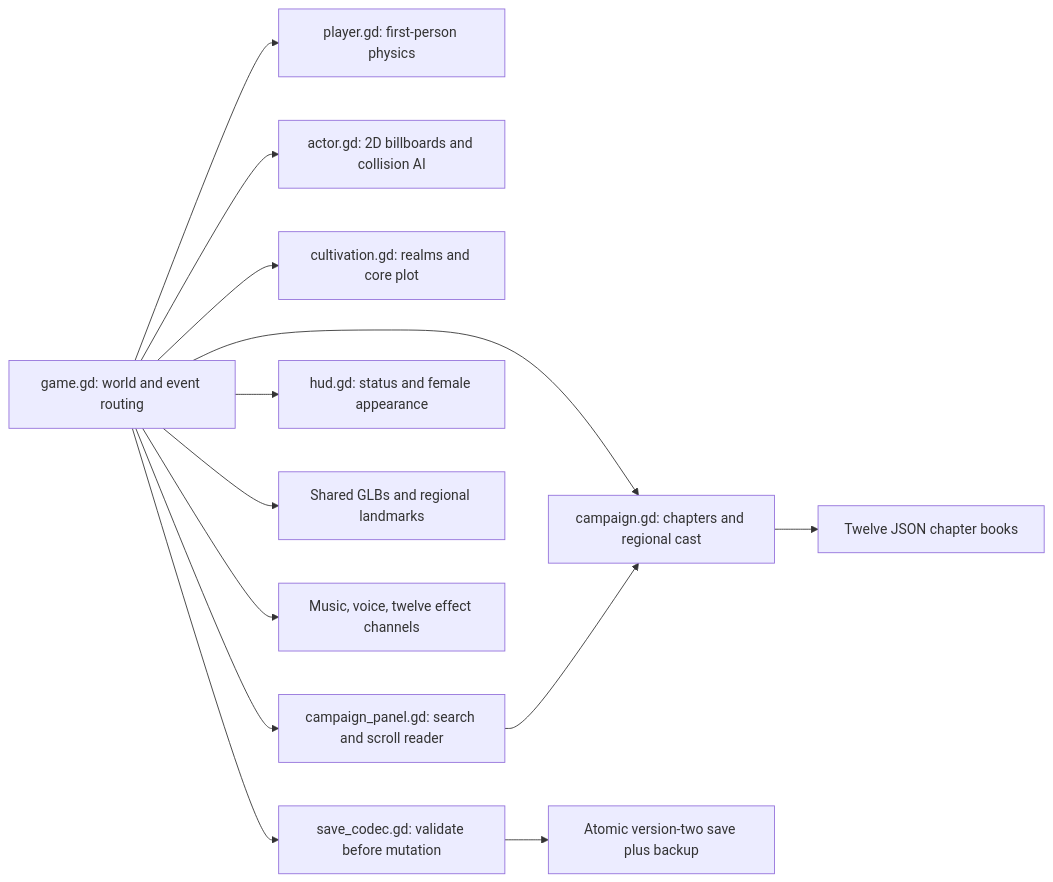
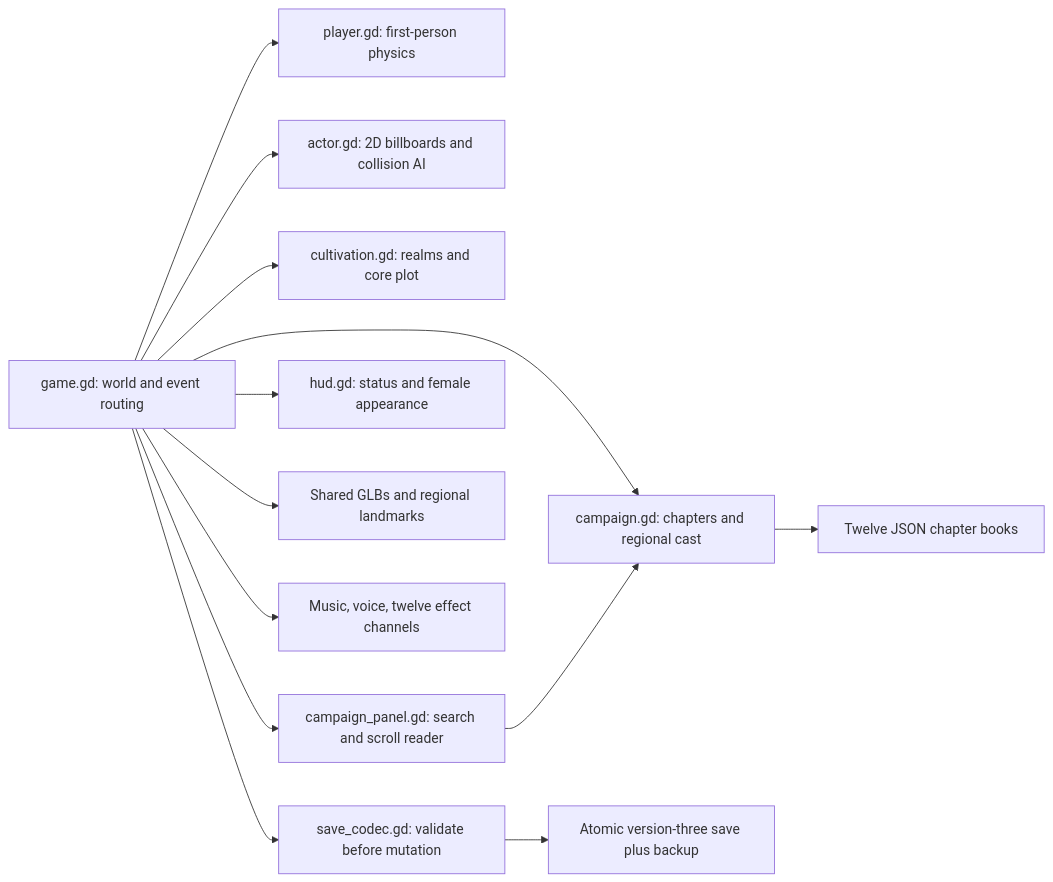
Before and after one commit to jgyy/2.5dxianxia: the third of 5 diagrams in docs/DESIGN.md, drawn with Mermaid. The commit also changed other lines of this file and 652 other files, not shown here.

````diff
--- a/docs/DESIGN.md
+++ b/docs/DESIGN.md
@@ -43,15 +43,15 @@
 ```mermaid
 flowchart LR
     Game[game.gd: world and event routing] --> Player[player.gd: first-person physics]
     Game --> Actors[actor.gd: 2D billboards and collision AI]
     Game --> Core[cultivation.gd: realms and core plot]
     Game --> Campaign[campaign.gd: chapters and regional cast]
     Campaign --> Books[Twelve JSON chapter books]
     Game --> Panel[campaign_panel.gd: search and scroll reader]
     Panel --> Campaign
     Game --> HUD[hud.gd: status and female appearance]
     Game --> GLB[Shared GLBs and regional landmarks]
     Game --> Audio[Music, voice, twelve effect channels]
     Game --> Codec[save_codec.gd: validate before mutation]
-    Codec --> Save[Atomic version-two save plus backup]
+    Codec --> Save[Atomic version-three save plus backup]
 ```
````
